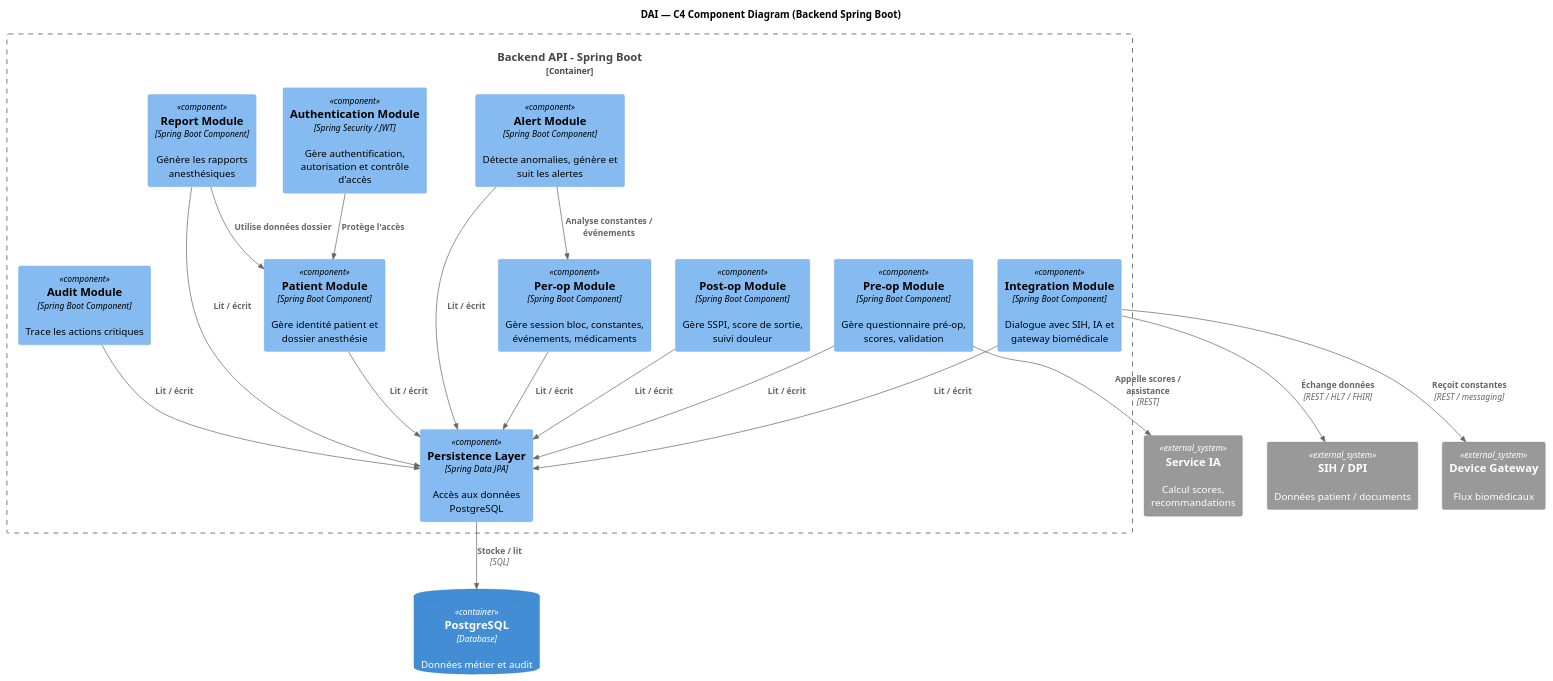
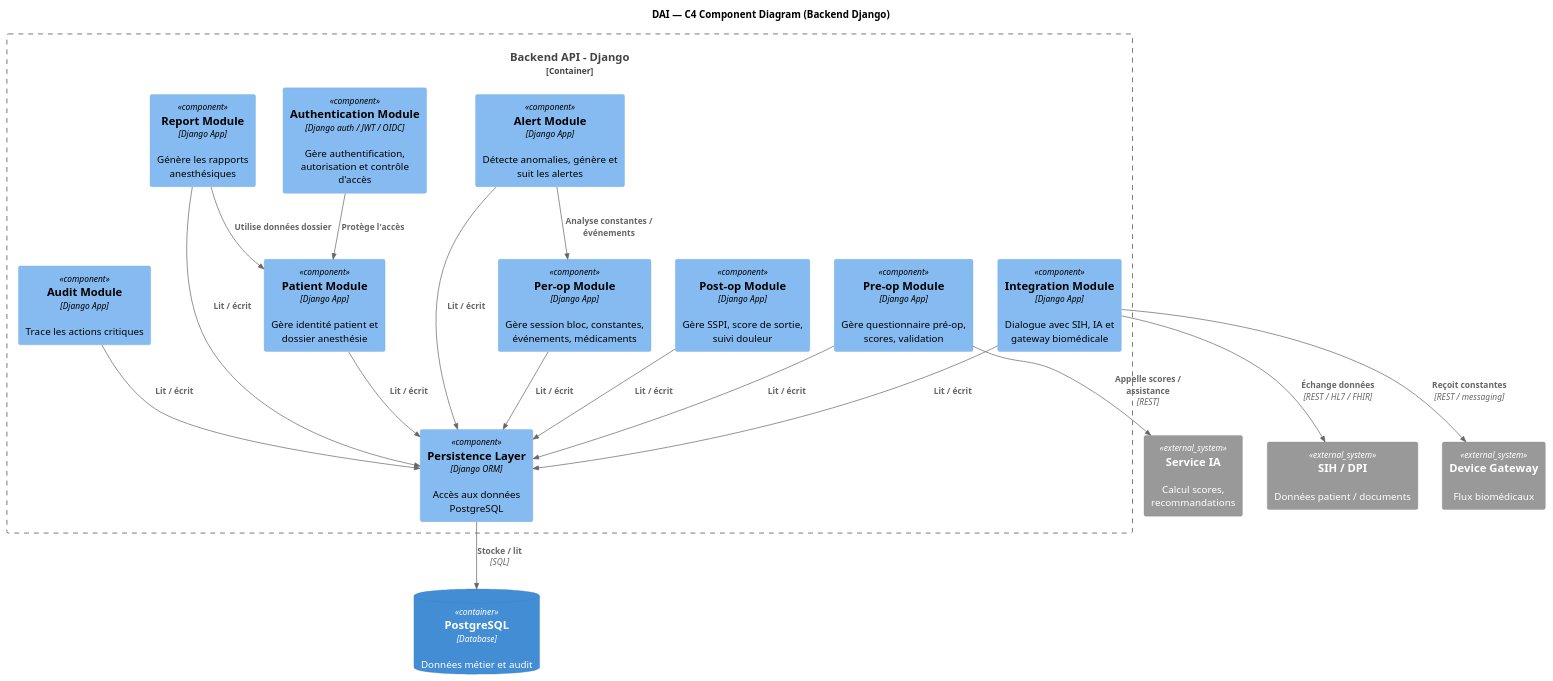
Before and after one commit to yasminebelhajmabrouk-ops/yasmine_DAI: the diagram in diagrams/c4/component-backend.puml, drawn with PlantUML. The commit also changed 9 other files, not shown here.

```diff
--- a/diagrams/c4/component-backend.puml
+++ b/diagrams/c4/component-backend.puml
@@ -1,42 +1,42 @@
 @startuml
 !include https://raw.githubusercontent.com/plantuml-stdlib/C4-PlantUML/master/C4_Component.puml
 
-title DAI — C4 Component Diagram (Backend Spring Boot)
+title DAI — C4 Component Diagram (Backend Django)
 
-Container_Boundary(api, "Backend API - Spring Boot") {
+Container_Boundary(api, "Backend API - Django") {
 
-  Component(authComp, "Authentication Module", "Spring Security / JWT", "Gère authentification, autorisation et contrôle d'accès")
-  Component(patientComp, "Patient Module", "Spring Boot Component", "Gère identité patient et dossier anesthésie")
-  Component(preopComp, "Pre-op Module", "Spring Boot Component", "Gère questionnaire pré-op, scores, validation")
-  Component(peropComp, "Per-op Module", "Spring Boot Component", "Gère session bloc, constantes, événements, médicaments")
-  Component(postopComp, "Post-op Module", "Spring Boot Component", "Gère SSPI, score de sortie, suivi douleur")
-  Component(alertComp, "Alert Module", "Spring Boot Component", "Détecte anomalies, génère et suit les alertes")
-  Component(reportComp, "Report Module", "Spring Boot Component", "Génère les rapports anesthésiques")
-  Component(auditComp, "Audit Module", "Spring Boot Component", "Trace les actions critiques")
-  Component(integrationComp, "Integration Module", "Spring Boot Component", "Dialogue avec SIH, IA et gateway biomédicale")
-  Component(repoComp, "Persistence Layer", "Spring Data JPA", "Accès aux données PostgreSQL")
+  Component(authComp, "Authentication Module", "Django auth / JWT / OIDC", "Gère authentification, autorisation et contrôle d'accès")
+  Component(patientComp, "Patient Module", "Django App", "Gère identité patient et dossier anesthésie")
+  Component(preopComp, "Pre-op Module", "Django App", "Gère questionnaire pré-op, scores, validation")
+  Component(peropComp, "Per-op Module", "Django App", "Gère session bloc, constantes, événements, médicaments")
+  Component(postopComp, "Post-op Module", "Django App", "Gère SSPI, score de sortie, suivi douleur")
+  Component(alertComp, "Alert Module", "Django App", "Détecte anomalies, génère et suit les alertes")
+  Component(reportComp, "Report Module", "Django App", "Génère les rapports anesthésiques")
+  Component(auditComp, "Audit Module", "Django App", "Trace les actions critiques")
+  Component(integrationComp, "Integration Module", "Django App", "Dialogue avec SIH, IA et gateway biomédicale")
+  Component(repoComp, "Persistence Layer", "Django ORM", "Accès aux données PostgreSQL")
 }
 
 ContainerDb(db, "PostgreSQL", "Database", "Données métier et audit")
 System_Ext(ai, "Service IA", "Calcul scores, recommandations")
 System_Ext(sih, "SIH / DPI", "Données patient / documents")
 System_Ext(gateway, "Device Gateway", "Flux biomédicaux")
 
 Rel(authComp, patientComp, "Protège l'accès")
 Rel(patientComp, repoComp, "Lit / écrit")
 Rel(preopComp, repoComp, "Lit / écrit")
 Rel(peropComp, repoComp, "Lit / écrit")
 Rel(postopComp, repoComp, "Lit / écrit")
 Rel(alertComp, repoComp, "Lit / écrit")
 Rel(reportComp, repoComp, "Lit / écrit")
 Rel(auditComp, repoComp, "Lit / écrit")
 Rel(integrationComp, repoComp, "Lit / écrit")
 
 Rel(preopComp, ai, "Appelle scores / assistance", "REST")
 Rel(integrationComp, sih, "Échange données", "REST / HL7 / FHIR")
 Rel(integrationComp, gateway, "Reçoit constantes", "REST / messaging")
 Rel(alertComp, peropComp, "Analyse constantes / événements")
 Rel(reportComp, patientComp, "Utilise données dossier")
 Rel(repoComp, db, "Stocke / lit", "SQL")
 
 @enduml
```
